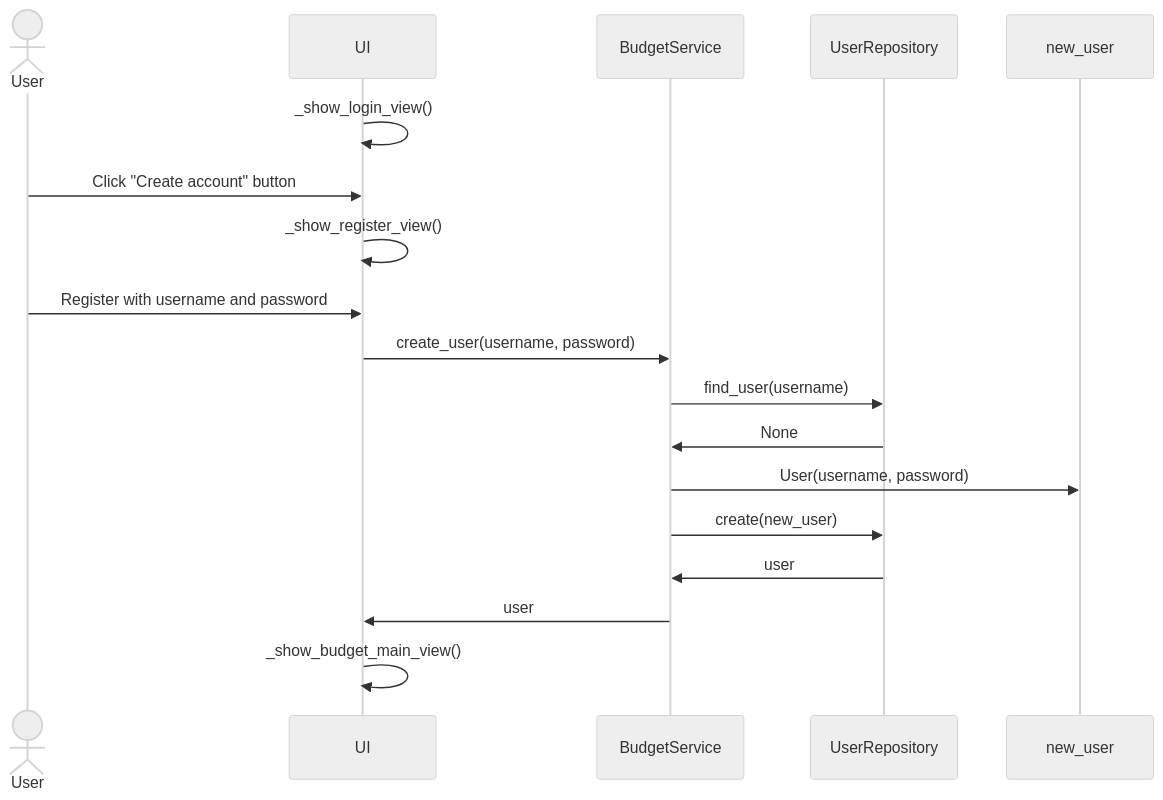
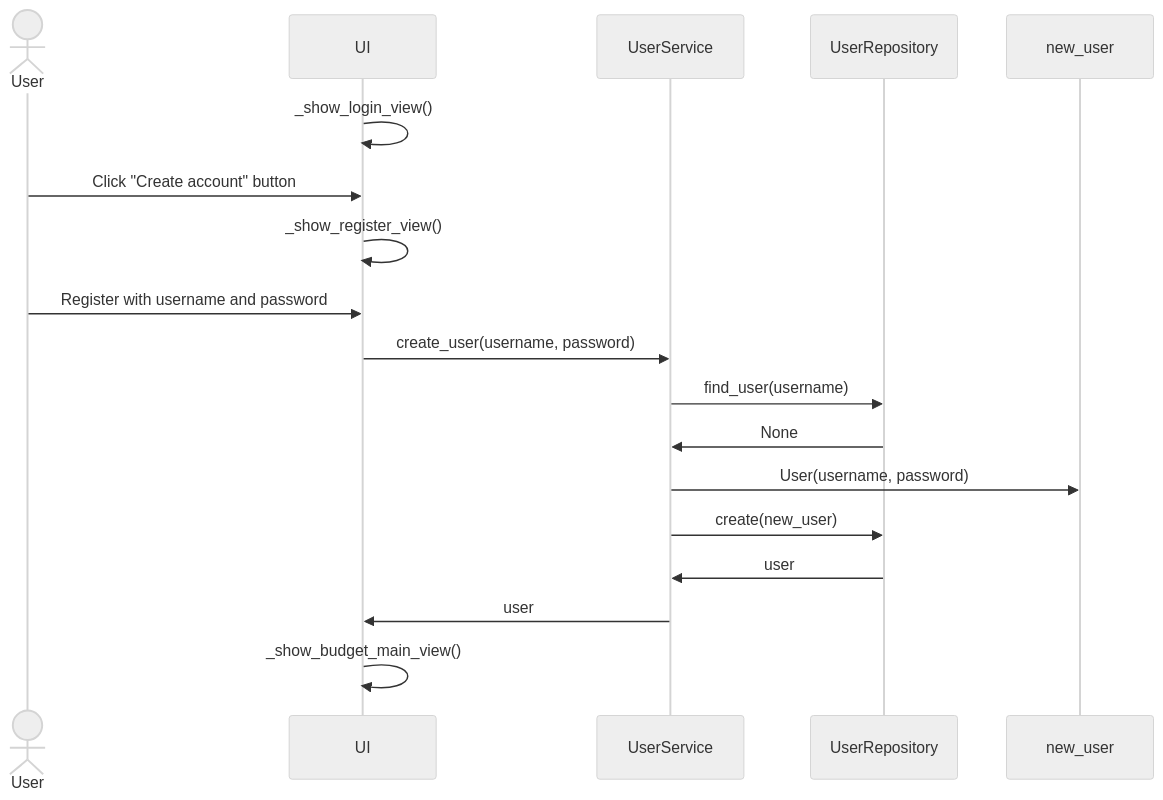
One commit to jensjvh/ot-harjoitusty- changed the third of 3 diagrams in dokumentaatio/arkkitehtuuri.md. Above: the diagram before and after it, drawn with Mermaid (neutral theme). The commit also changed other lines of this file, not shown here.

````diff
--- a/dokumentaatio/arkkitehtuuri.md
+++ b/dokumentaatio/arkkitehtuuri.md
@@ -34,20 +40,20 @@
 ```mermaid
 sequenceDiagram
     actor User
     participant UI
-    participant BudgetService
+    participant UserService
     participant UserRepository
     participant new_user
     UI->>UI: _show_login_view()
     User->>UI: Click "Create account" button
     UI->>UI: _show_register_view()
     User->>UI: Register with username and password
-    UI->>BudgetService: create_user(username, password)
-    BudgetService->>UserRepository: find_user(username)
-    UserRepository->>BudgetService: None
-    BudgetService->>new_user: User(username, password)
-    BudgetService->>UserRepository: create(new_user)
-    UserRepository->>BudgetService: user
-    BudgetService->>UI: user
+    UI->>UserService: create_user(username, password)
+    UserService->>UserRepository: find_user(username)
+    UserRepository->>UserService: None
+    UserService->>new_user: User(username, password)
+    UserService->>UserRepository: create(new_user)
+    UserRepository->>UserService: user
+    UserService->>UI: user
     UI->>UI: _show_budget_main_view()
 ```
````
